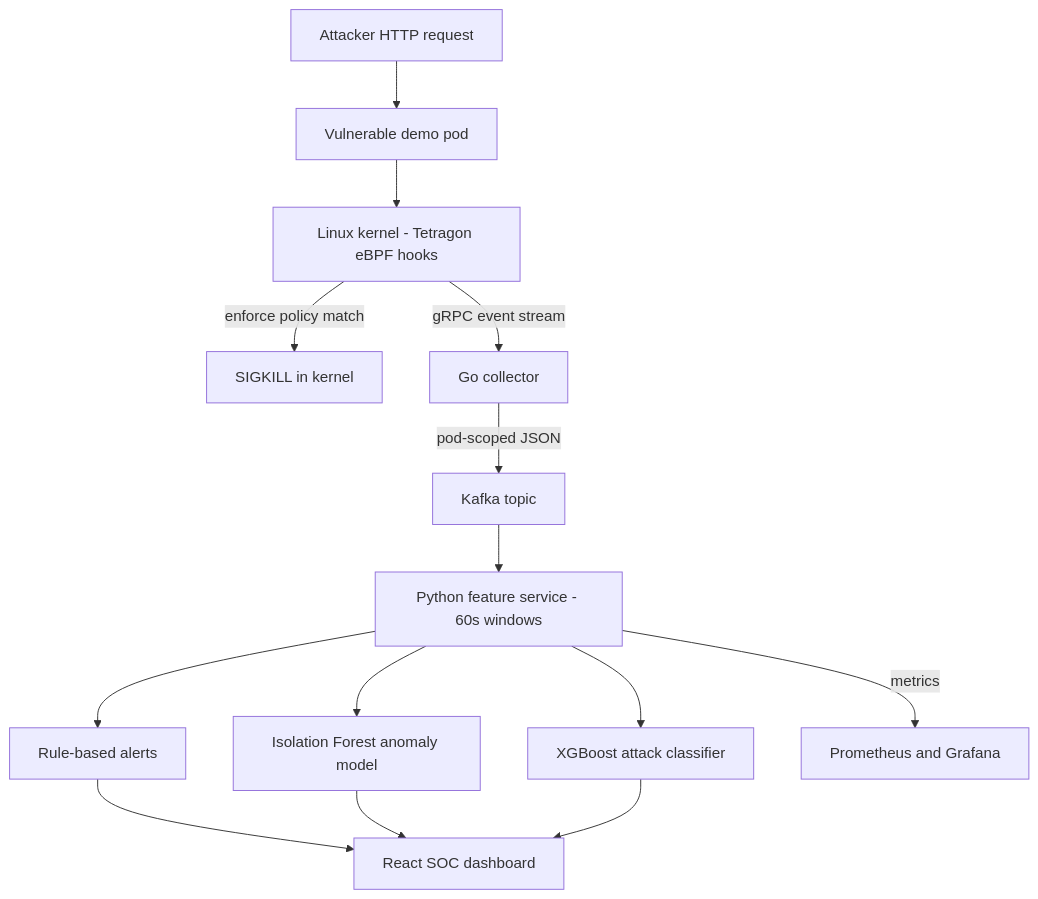
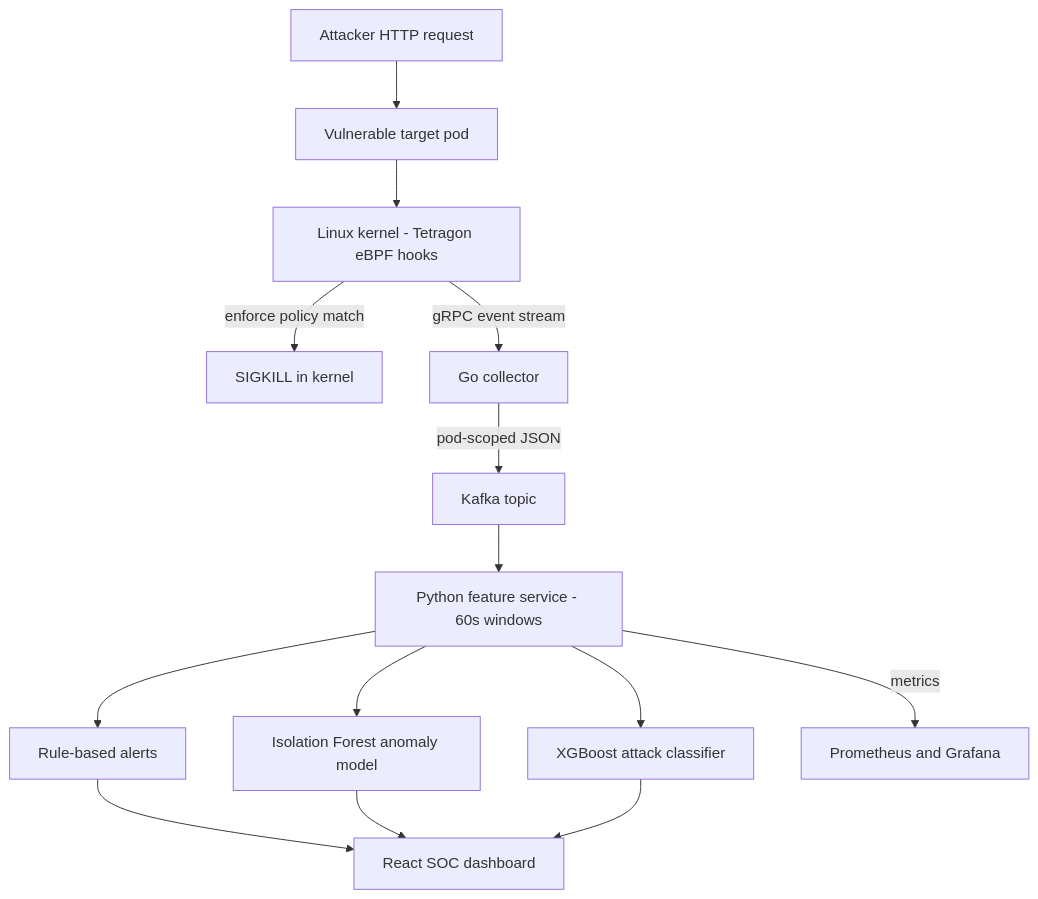
The diagram in projects/runtime-security-platform/README.md (Suliman8/portfolio), drawn with Mermaid before and after one commit. The commit also changed other lines of this file and 10 other files, not shown here.

````diff
--- a/projects/runtime-security-platform/README.md
+++ b/projects/runtime-security-platform/README.md
@@ -29,16 +29,16 @@
 ```mermaid
 flowchart TD
-    ATK["Attacker HTTP request"] --> POD["Vulnerable demo pod"]
+    ATK["Attacker HTTP request"] --> POD["Vulnerable target pod"]
     POD --> KERN["Linux kernel - Tetragon eBPF hooks"]
     KERN -->|"enforce policy match"| KILL["SIGKILL in kernel"]
     KERN -->|"gRPC event stream"| COL["Go collector"]
     COL -->|"pod-scoped JSON"| KAF["Kafka topic"]
     KAF --> FS["Python feature service - 60s windows"]
     FS --> RULES["Rule-based alerts"]
     FS --> IF["Isolation Forest anomaly model"]
     FS --> XGB["XGBoost attack classifier"]
     RULES --> SOC["React SOC dashboard"]
     IF --> SOC
     XGB --> SOC
     FS -->|"metrics"| OBS["Prometheus and Grafana"]
 ```
````
